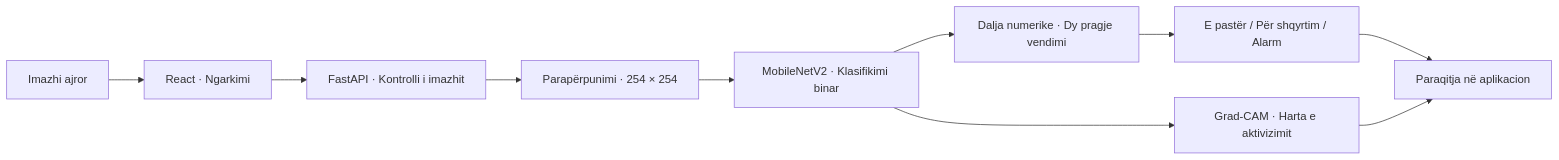
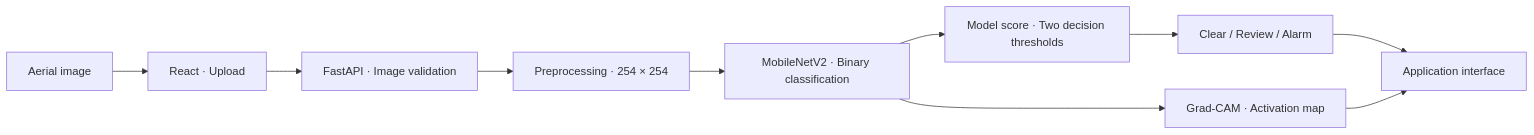
Before and after one commit to arilabehrami/uav-wildfire-classification-cnn: the diagram in README.md, drawn with Mermaid. The commit also changed other lines of this file and 1 other file, not shown here.

````diff
--- a/README.md
+++ b/README.md
@@ -44,12 +44,12 @@
 ```mermaid
 flowchart LR
-    A["Imazhi ajror"] --> B["React · Ngarkimi"]
-    B --> C["FastAPI · Kontrolli i imazhit"]
-    C --> D["Parapërpunimi · 254 × 254"]
-    D --> E["MobileNetV2 · Klasifikimi binar"]
-    E --> F["Dalja numerike · Dy pragje vendimi"]
-    F --> G["E pastër / Për shqyrtim / Alarm"]
-    E --> H["Grad-CAM · Harta e aktivizimit"]
-    G --> I["Paraqitja në aplikacion"]
+    A["Aerial image"] --> B["React · Upload"]
+    B --> C["FastAPI · Image validation"]
+    C --> D["Preprocessing · 254 × 254"]
+    D --> E["MobileNetV2 · Binary classification"]
+    E --> F["Model score · Two decision thresholds"]
+    F --> G["Clear / Review / Alarm"]
+    E --> H["Grad-CAM · Activation map"]
+    G --> I["Application interface"]
     H --> I
 ```
````
